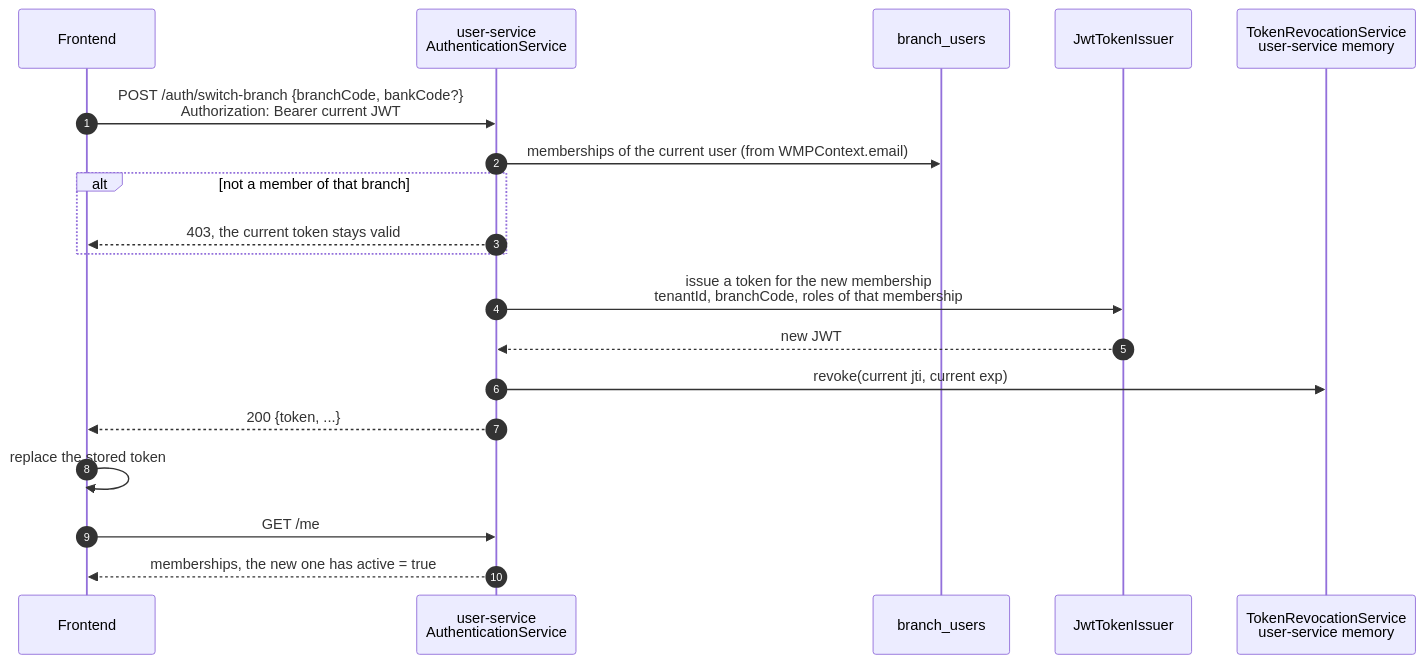
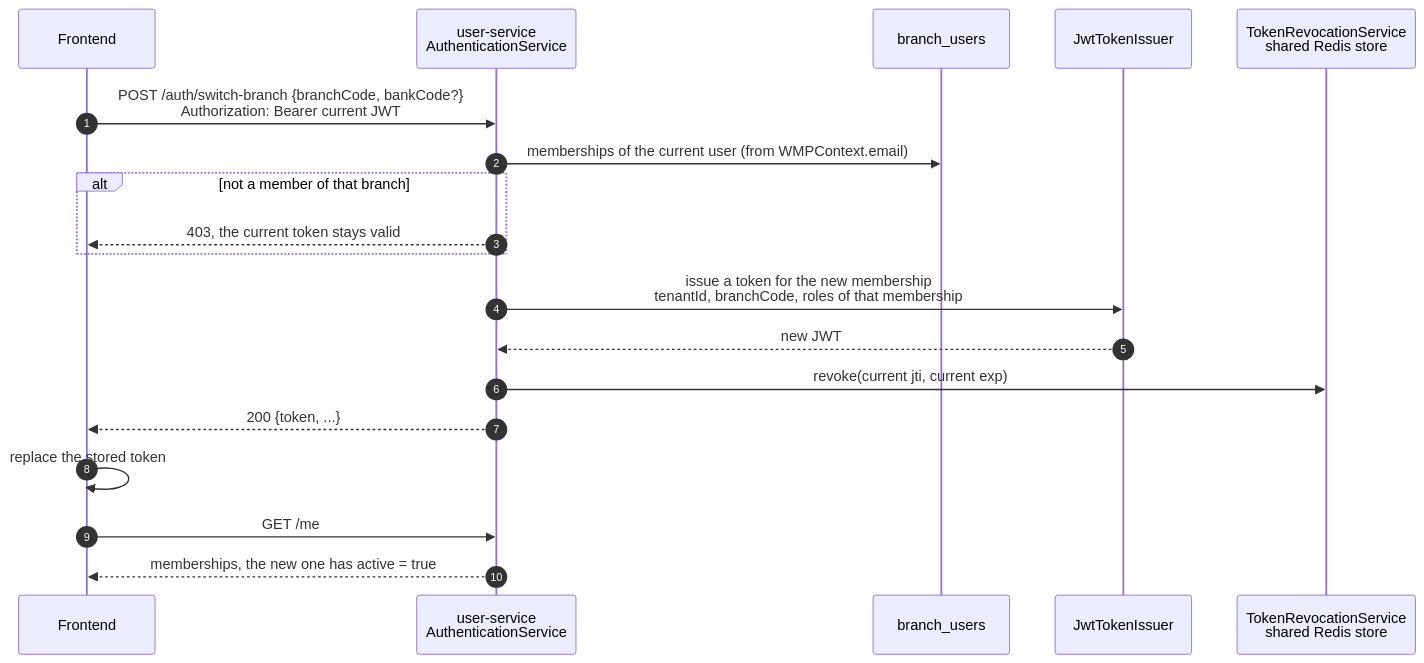
The fourth of 7 diagrams in docs/domain/process/security/jwt-authentication.md (RaffSStein/Wealth-Management-Platform-BE), drawn with Mermaid before and after one commit. The commit also changed other lines of this file and 3 other files, not shown here.

Commit message:
docs(security): document the shared revocation store

````diff
--- a/docs/domain/process/security/jwt-authentication.md
+++ b/docs/domain/process/security/jwt-authentication.md
@@ -181,22 +183,22 @@
 ```mermaid
 sequenceDiagram
     autonumber
     participant FE as Frontend
     participant AS as user-service<br/>AuthenticationService
     participant DB as branch_users
     participant JI as JwtTokenIssuer
-    participant RV as TokenRevocationService<br/>user-service memory
+    participant RV as TokenRevocationService<br/>shared Redis store
 
     FE->>AS: POST /auth/switch-branch {branchCode, bankCode?}<br/>Authorization: Bearer current JWT
     AS->>DB: memberships of the current user (from WMPContext.email)
     alt not a member of that branch
         AS-->>FE: 403, the current token stays valid
     end
     AS->>JI: issue a token for the new membership<br/>tenantId, branchCode, roles of that membership
     JI-->>AS: new JWT
     AS->>RV: revoke(current jti, current exp)
     AS-->>FE: 200 {token, ...}
     FE->>FE: replace the stored token
     FE->>AS: GET /me
     AS-->>FE: memberships, the new one has active = true
 ```
````
